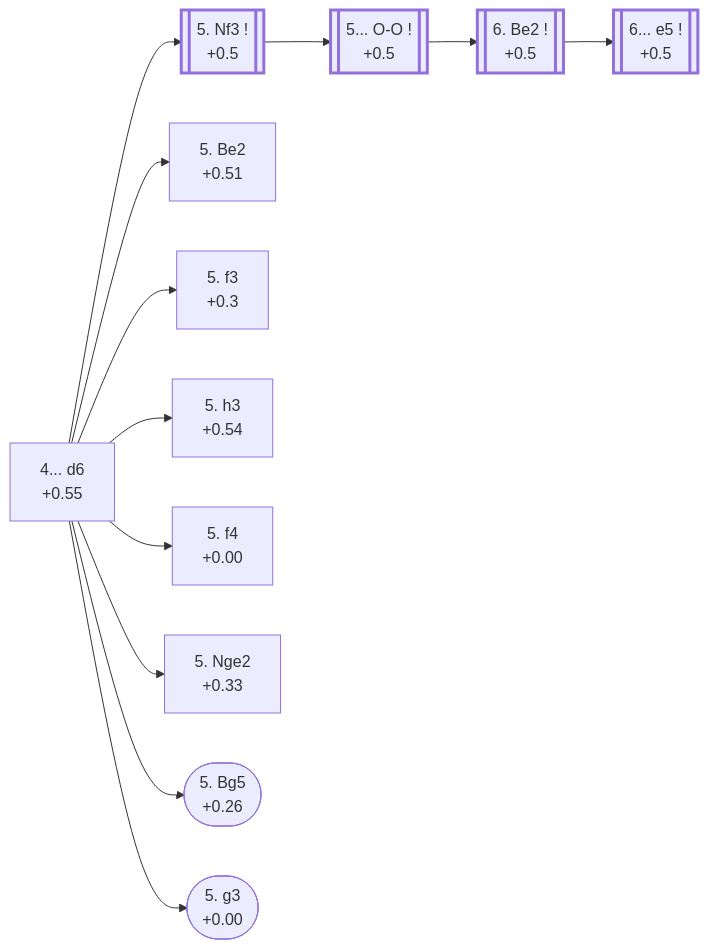
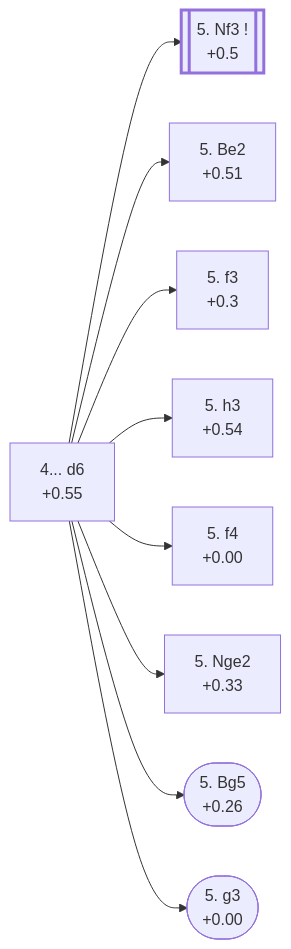
One commit to onclemarcel/chess_flashcards changed the diagram in d4_openings/E70_Kings_Indian.md. Above: the diagram before and after it, drawn with Mermaid. The commit also changed other lines of this file and 15 other files, not shown here.

First line of the commit message:
Complete ECO Codes E90-E99, closing out the whole King's Indian Defence (and phase E)

````diff
--- a/d4_openings/E70_Kings_Indian.md
+++ b/d4_openings/E70_Kings_Indian.md
@@ -12,31 +12,24 @@
 ```mermaid
 flowchart LR
     classDef main stroke-width:3px;
 
     root["4... d6<br/>+0.55"]
     click root "#_d6_" "E70 · King's Indian Defense, Normal Variation"
 
     root --> Nf3[["5. Nf3 !<br/>+0.5"]]:::main
-    click Nf3 "#_Nf3_" "E70 · King's Indian Defense, Normal Variation"
+    click Nf3 "https://github.com/onclemarcel/chess_flashcards/blob/main/d4_openings/E90_Kings_Indian_5Nf3.md" "E90 · King's Indian Defence, 5.Nf3"
     root --> Be2["5. Be2<br/>+0.51"]
     click Be2 "https://github.com/onclemarcel/chess_flashcards/blob/main/d4_openings/E73_Kings_Indian_Averbakh_System.md" "E73 · King's Indian Defence, 5.Be2"
     root --> f3["5. f3<br/>+0.3"]
     click f3 "#_f3_" "E70 · King's Indian Defense, Sämisch Variation"
     root --> h3["5. h3<br/>+0.54"]
     click h3 "https://github.com/onclemarcel/chess_flashcards/blob/main/d4_openings/E71_Kings_Indian_Makagonov_System.md" "E71 · King's Indian Defence, Makagonov System"
     root --> f4["5. f4<br/>+0.00"]
     click f4 "https://github.com/onclemarcel/chess_flashcards/blob/main/d4_openings/E76_Kings_Indian_Four_Pawns_Attack.md" "E76 · King's Indian Defence, Four Pawns Attack"
     root --> Nge2["5. Nge2<br/>+0.33"]
     click Nge2 "#_Nge2_" "E70 · King's Indian Defense, Kramer System"
     root --> Bg5s(["5. Bg5<br/>+0.26"])
     click Bg5s "#_Bg5_" "E70 · King's Indian Defense, Accelerated Averbakh System"
     root --> g3s(["5. g3<br/>+0.00"])
     click g3s "https://github.com/onclemarcel/chess_flashcards/blob/main/d4_openings/E72_Kings_Indian_e4_g3_Variation.md" "E72 · King's Indian Defence, e4 & g3 Variation"
-
-    Nf3 --> OO[["5... O-O !<br/>+0.5"]]:::main
-    click OO "#_Nf3_OO_" "E70 · King's Indian Defense, Normal Variation"
-    OO --> Be2b[["6. Be2 !<br/>+0.5"]]:::main
-    click Be2b "#_Nf3_Be2_" "E70 · King's Indian Defense, Normal Variation"
-    Be2b --> e5[["6... e5 !<br/>+0.5"]]:::main
-    click e5 "#_Nf3_e5_" "E70 · King's Indian Defense, Mar del Plata / Orthodox Variation"
 ```
````
